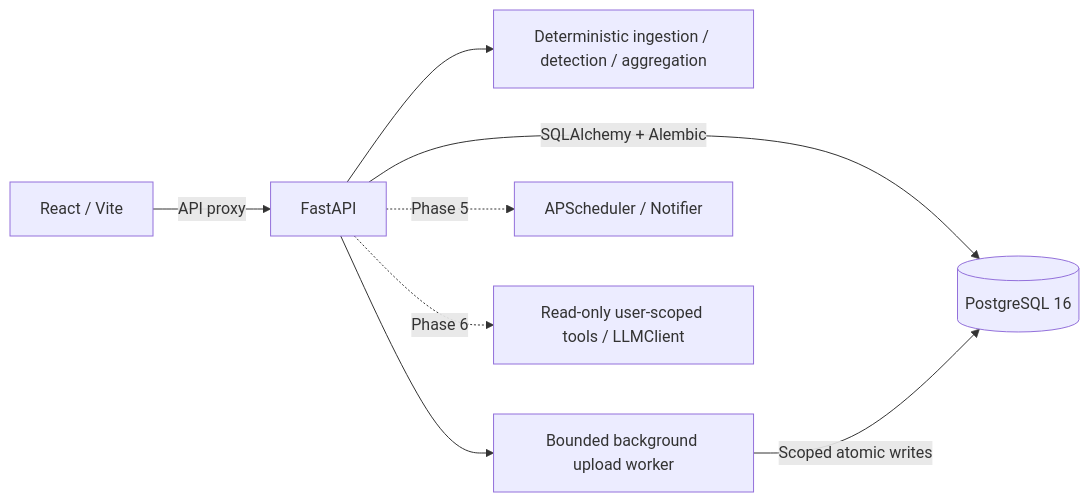
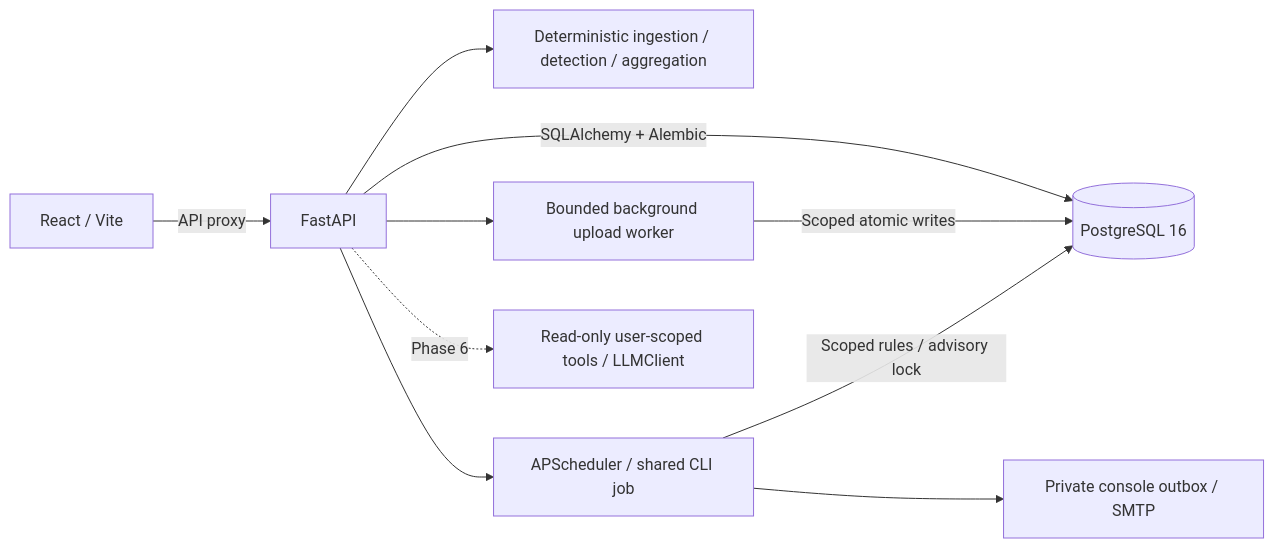
Before and after one commit to devendrarajsingh07/AI-Powered-Subscription-Recurring-Payment-Manager: the diagram in README.md, drawn with Mermaid. The commit also changed other lines of this file and 16 other files, not shown here.

````diff
--- a/README.md
+++ b/README.md
@@ -211,10 +274,12 @@
 ```mermaid
 flowchart LR
     Browser[React / Vite] -->|API proxy| API[FastAPI]
     API -->|SQLAlchemy + Alembic| DB[(PostgreSQL 16)]
     API --> Rules[Deterministic ingestion / detection / aggregation]
     API --> Worker[Bounded background upload worker]
     Worker -->|Scoped atomic writes| DB
-    API -. Phase 5 .-> Jobs[APScheduler / Notifier]
+    API --> Jobs[APScheduler / shared CLI job]
+    Jobs -->|Scoped rules / advisory lock| DB
+    Jobs --> Notifier[Private console outbox / SMTP]
     API -. Phase 6 .-> Chat[Read-only user-scoped tools / LLMClient]
 ```
````
